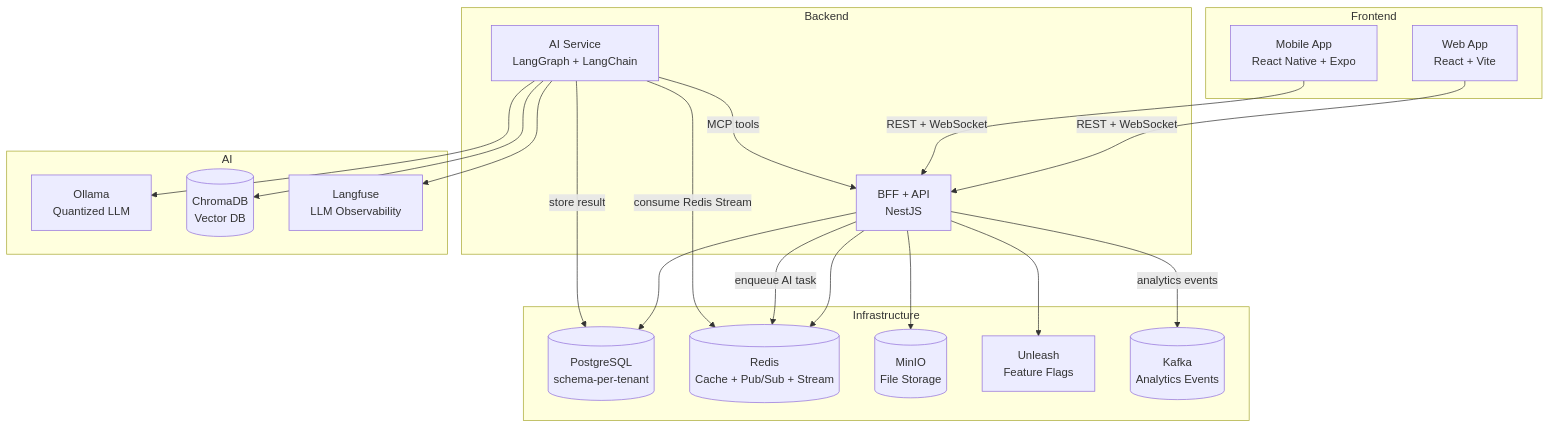
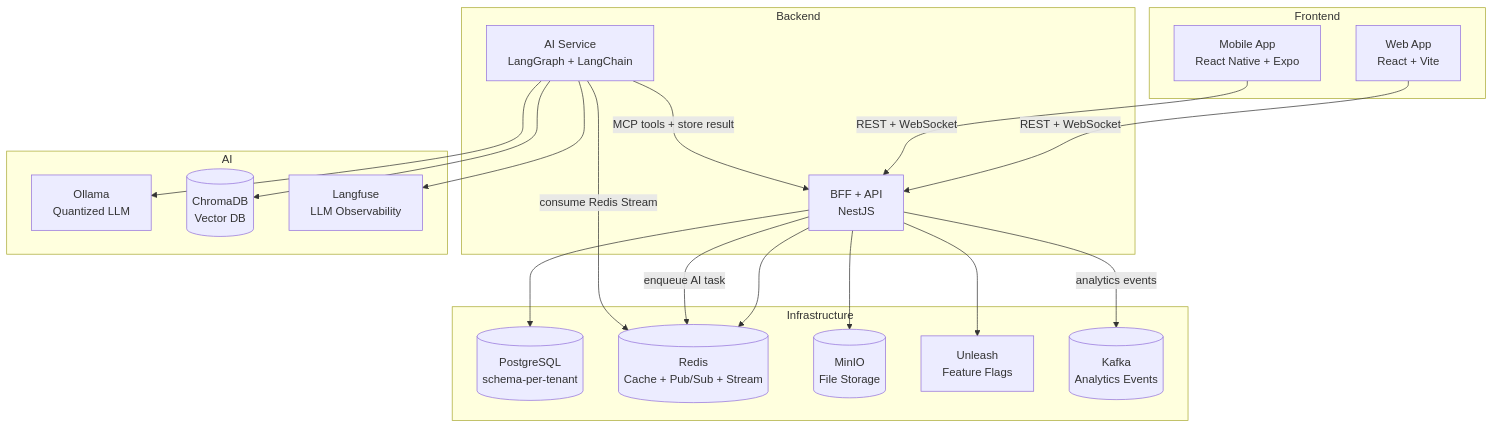
One commit to Eyolf6Coyote7/Eyolf6Coyote7 changed the second of 10 diagrams in realtime_ai_whiteboard/docs/system_architecture.md. Above: the diagram before and after it, drawn with Mermaid. The commit also changed other lines of this file and 1 other file, not shown here.

First line of the commit message:
🎨style#46: apply Gemini review fixes for Whiteboard Architecture

````diff
--- a/realtime_ai_whiteboard/docs/system_architecture.md
+++ b/realtime_ai_whiteboard/docs/system_architecture.md
@@ -23,41 +22,40 @@
 ```mermaid
 graph TD
   subgraph "Frontend"
     WEB[Web App<br/>React + Vite]
     MOB[Mobile App<br/>React Native + Expo]
   end
 
   subgraph "Backend"
     BFF[BFF + API<br/>NestJS]
     AIS[AI Service<br/>LangGraph + LangChain]
   end
 
   subgraph "AI"
     OLLAMA[Ollama<br/>Quantized LLM]
     CHROMA[(ChromaDB<br/>Vector DB)]
     LF[Langfuse<br/>LLM Observability]
   end
 
   subgraph "Infrastructure"
     PG[(PostgreSQL<br/>schema-per-tenant)]
     RD[(Redis<br/>Cache + Pub/Sub + Stream)]
     MIO[(MinIO<br/>File Storage)]
     UL[Unleash<br/>Feature Flags]
     KF[(Kafka<br/>Analytics Events)]
   end
 
   WEB -->|REST + WebSocket| BFF
   MOB -->|REST + WebSocket| BFF
   BFF --> PG
   BFF --> RD
   BFF --> MIO
   BFF --> UL
   BFF -->|enqueue AI task| RD
   BFF -->|analytics events| KF
   AIS -->|consume Redis Stream| RD
   AIS --> OLLAMA
   AIS --> CHROMA
   AIS --> LF
-  AIS -->|MCP tools| BFF
-  AIS -->|store result| PG
+  AIS -->|MCP tools + store result| BFF
 ```
````
